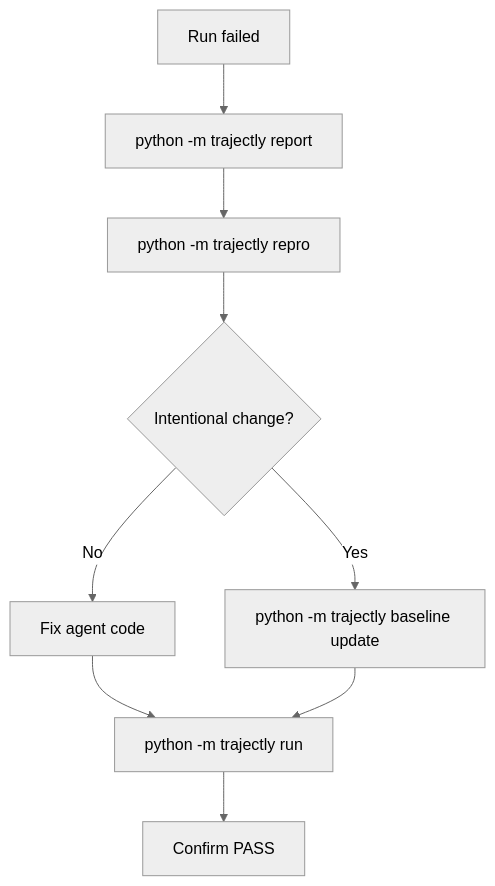
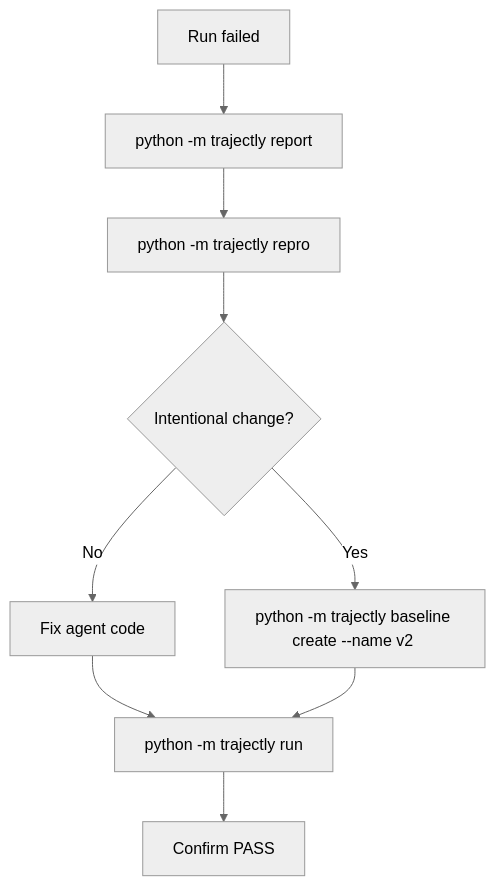
Before and after one commit to trajectly/trajectly: the third of 3 diagrams in docs/trajectly.md, drawn with Mermaid (neutral theme). The commit also changed other lines of this file and 30 other files, not shown here.

````diff
--- a/docs/trajectly.md
+++ b/docs/trajectly.md
@@ -448,11 +448,11 @@
 ```mermaid
 flowchart TD
     fail["Run failed"] --> report["python -m trajectly report"]
     report --> repro["python -m trajectly repro"]
     repro --> decide{"Intentional change?"}
     decide -->|No| fixCode["Fix agent code"]
-    decide -->|Yes| updateBaseline["python -m trajectly baseline update"]
+    decide -->|Yes| updateBaseline["python -m trajectly baseline create --name v2 <spec>"]
     fixCode --> rerun["python -m trajectly run"]
     updateBaseline --> rerun
     rerun --> pass["Confirm PASS"]
 ```
````
